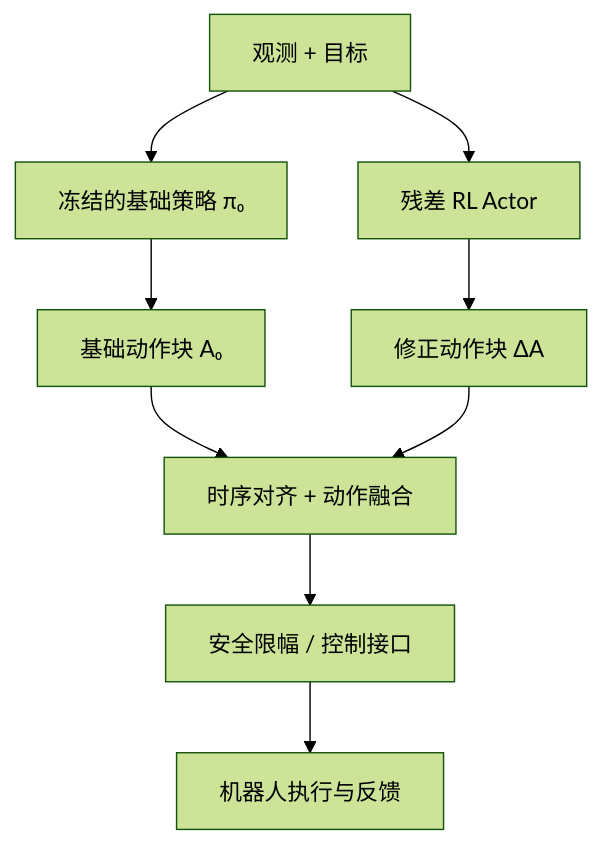
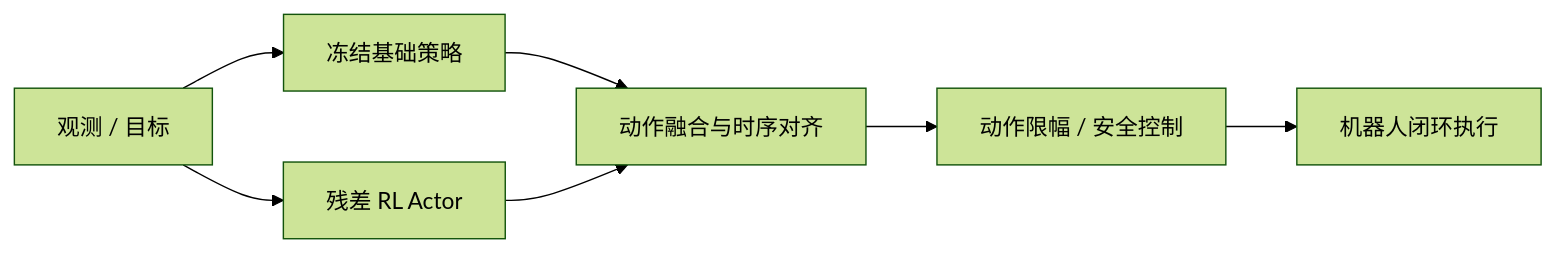
Before and after one commit to zengxiong111/Foundation_of_Embodied_AI: the third of 5 diagrams in md/RL_Post_Training_ZH.md, drawn with Mermaid (forest theme). The commit also changed other lines of this file and 6 other files, not shown here.

````diff
--- a/md/RL_Post_Training_ZH.md
+++ b/md/RL_Post_Training_ZH.md
@@ -151,12 +140,10 @@
 ```mermaid
 %% FIG: residual
-flowchart TB
-  O["观测 + 目标"] --> B["冻结的基础策略 π₀"]
+flowchart LR
+  O["观测 / 目标"] --> B["冻结基础策略"]
   O --> R["残差 RL Actor"]
-  B --> X["基础动作块 A₀"]
-  R --> Y["修正动作块 ΔA"]
-  X --> S["时序对齐 + 动作融合"]
-  Y --> S
-  S --> F["安全限幅 / 控制接口"]
-  F --> E["机器人执行与反馈"]
+  B --> S["动作融合与时序对齐"]
+  R --> S
+  S --> F["动作限幅 / 安全控制"]
+  F --> E["机器人闭环执行"]
 ```
````
